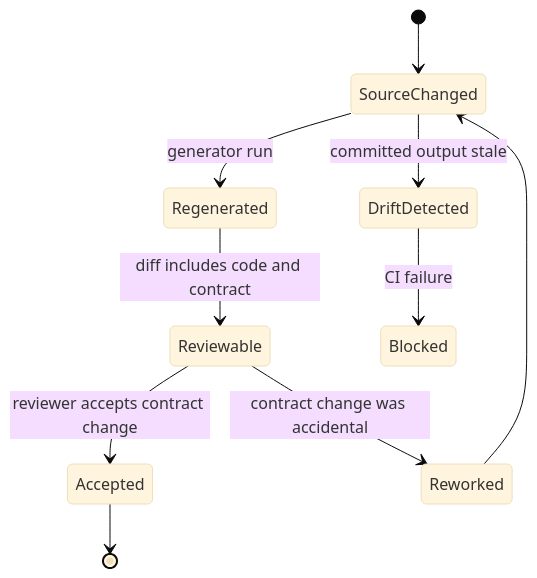
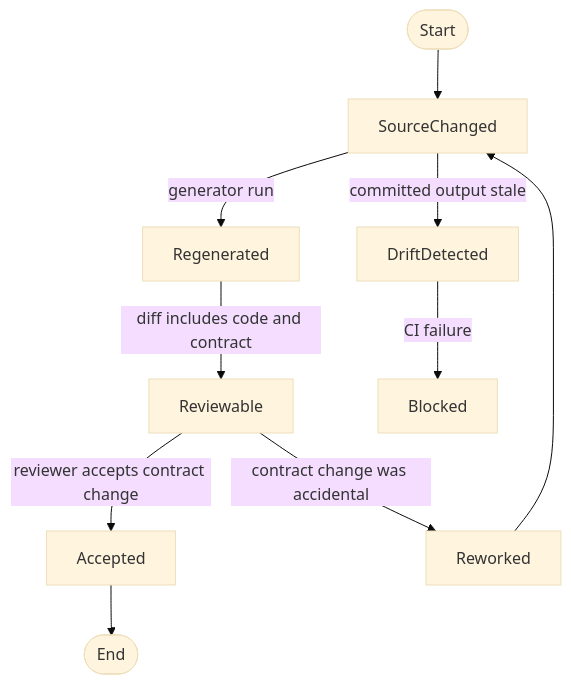
The third of 3 diagrams in docs/codex-from-source/chapter-25.md (WineChord/books), drawn with Mermaid (base theme) before and after one commit. The commit also changed 101 other files, not shown here.

````diff
--- a/docs/codex-from-source/chapter-25.md
+++ b/docs/codex-from-source/chapter-25.md
@@ -138,12 +123,14 @@
 ```mermaid
-stateDiagram-v2
-  [*] --> SourceChanged
-  SourceChanged --> Regenerated: generator run
-  SourceChanged --> DriftDetected: committed output stale
-  Regenerated --> Reviewable: diff includes code and contract
-  DriftDetected --> Blocked: CI failure
-  Reviewable --> Accepted: reviewer accepts contract change
-  Reviewable --> Reworked: contract change was accidental
-  Reworked --> SourceChanged
-  Accepted --> [*]
+flowchart TD
+    StartState([Start])
+    EndState([End])
+    StartState --> SourceChanged
+    SourceChanged -->|generator run| Regenerated
+    SourceChanged -->|committed output stale| DriftDetected
+    Regenerated -->|diff includes code and contract| Reviewable
+    DriftDetected -->|CI failure| Blocked
+    Reviewable -->|reviewer accepts contract change| Accepted
+    Reviewable -->|contract change was accidental| Reworked
+    Reworked --> SourceChanged
+    Accepted --> EndState
 ```
````
